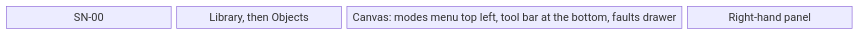
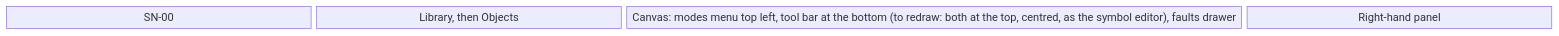
The second of 2 diagrams in screens/synoptics.md (AlexandreGallais/synoptic-studio-spec), drawn with Mermaid before and after one commit. The commit also changed 32 other files, not shown here.

````diff
--- a/screens/synoptics.md
+++ b/screens/synoptics.md
@@ -54,5 +54,5 @@
 ```mermaid
 block-beta
     columns 5
-    rail["SN-00"] left["Library, then Objects"] canvas["Canvas: modes menu top left, tool bar at the bottom, faults drawer"]:2 panel["Right-hand panel"]
+    rail["SN-00"] left["Library, then Objects"] canvas["Canvas: modes menu top left, tool bar at the bottom (to redraw: both at the top, centred, as the symbol editor), faults drawer"]:2 panel["Right-hand panel"]
 ```
````
